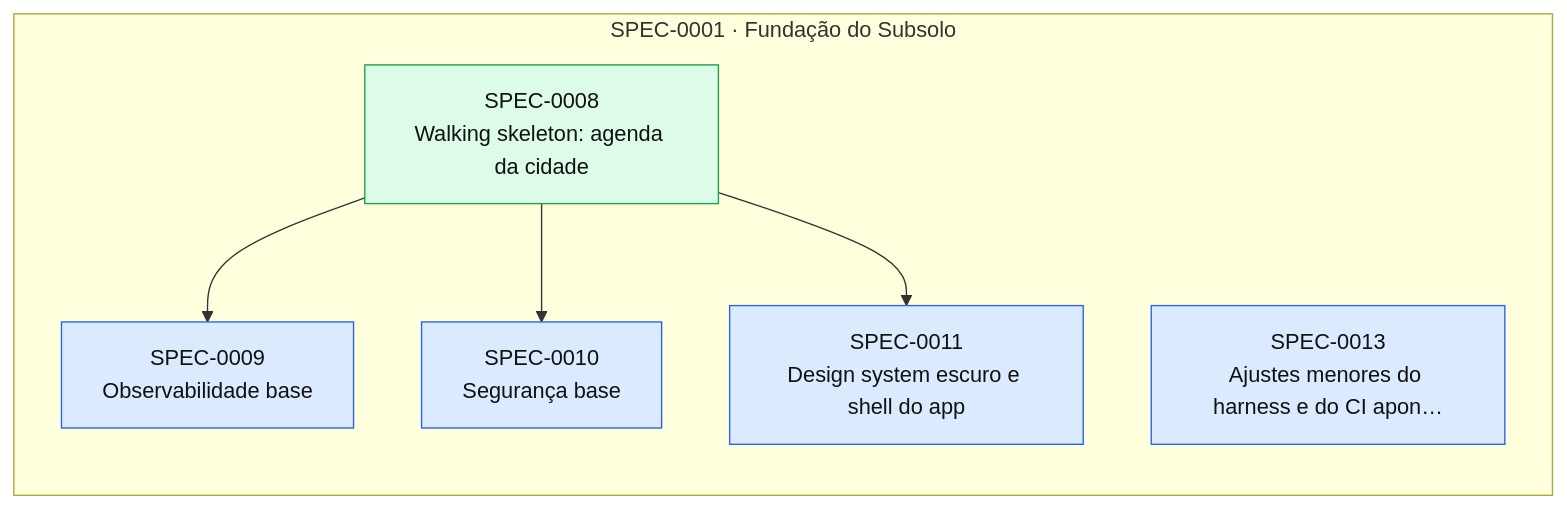
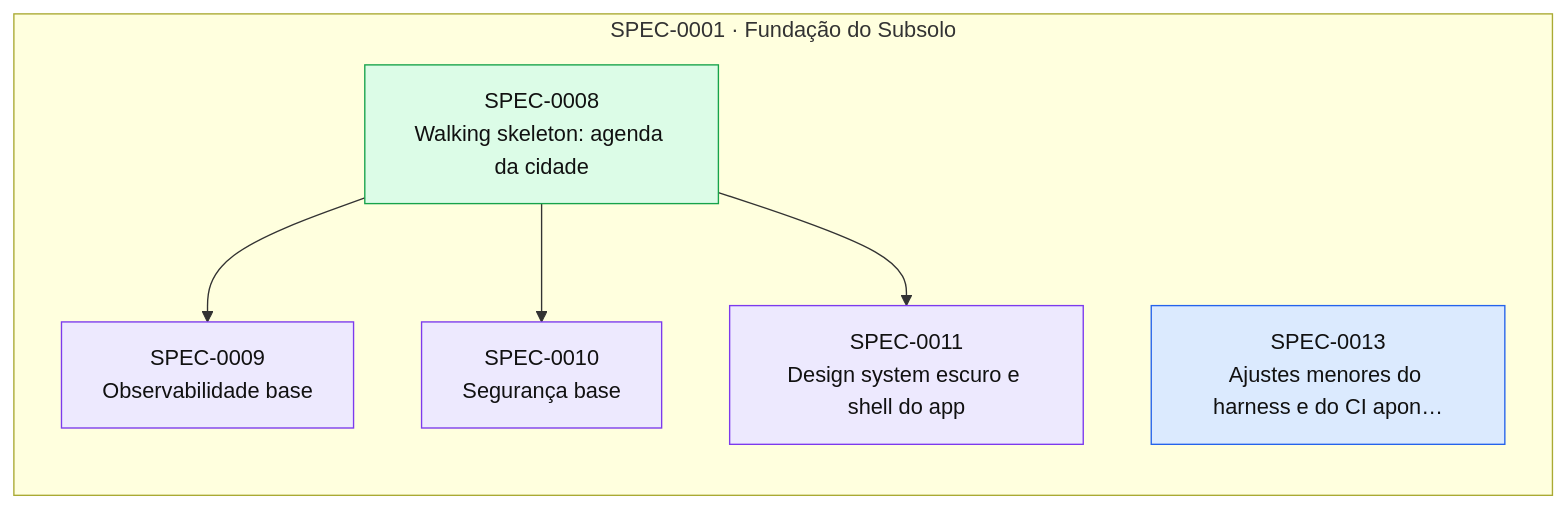
Before and after one commit to thomasravache/subsolo: the diagram in docs/specs/INDEX.md, drawn with Mermaid. The commit also changed other lines of this file and 3 other files, not shown here.

First line of the commit message:
docs(sdd): start wave 5 with scope fixes for observability, security and design system

````diff
--- a/docs/specs/INDEX.md
+++ b/docs/specs/INDEX.md
@@ -64,18 +64,18 @@
 ```mermaid
 flowchart LR
   subgraph E0001["SPEC-0001 · Fundação do Subsolo"]
     S0008["SPEC-0008<br/>Walking skeleton: agenda da cidade"]:::implemented
-    S0009["SPEC-0009<br/>Observabilidade base"]:::approved
-    S0010["SPEC-0010<br/>Segurança base"]:::approved
-    S0011["SPEC-0011<br/>Design system escuro e shell do app"]:::approved
+    S0009["SPEC-0009<br/>Observabilidade base"]:::inprogress
+    S0010["SPEC-0010<br/>Segurança base"]:::inprogress
+    S0011["SPEC-0011<br/>Design system escuro e shell do app"]:::inprogress
     S0013["SPEC-0013<br/>Ajustes menores do harness e do CI apon…"]:::approved
   end
   S0008 --> S0009
   S0008 --> S0010
   S0008 --> S0011
   classDef proposed fill:#fef3c7,stroke:#d97706,color:#111
   classDef approved fill:#dbeafe,stroke:#2563eb,color:#111
   classDef inprogress fill:#ede9fe,stroke:#7c3aed,color:#111
   classDef implemented fill:#dcfce7,stroke:#16a34a,color:#111
   classDef deprecated fill:#f3f4f6,stroke:#9ca3af,color:#6b7280
 ```
````
